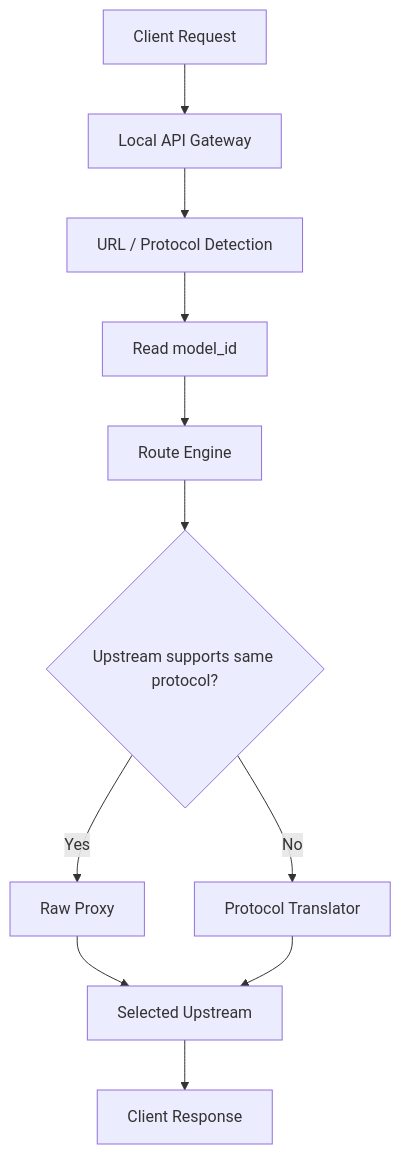
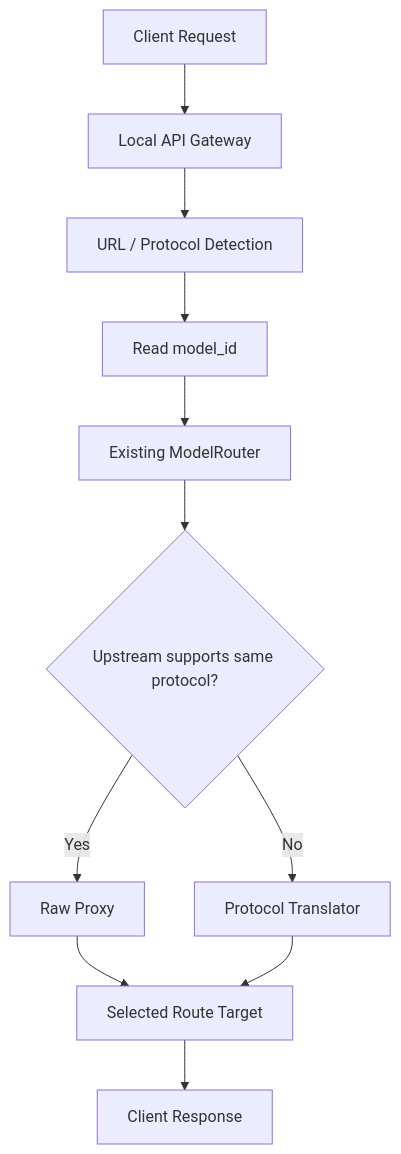
The diagram in docs/burncloud-node/protocol-routing.md (burncloud/burncloud.github.io), drawn with Mermaid before and after one commit. The commit also changed other lines of this file and 561 other files, not shown here.

````diff
--- a/docs/burncloud-node/protocol-routing.md
+++ b/docs/burncloud-node/protocol-routing.md
@@ -18,13 +18,13 @@
 ```mermaid
 flowchart TD
     REQ["Client Request"] --> GATEWAY["Local API Gateway"]
     GATEWAY --> DETECT["URL / Protocol Detection"]
     DETECT --> MODEL["Read model_id"]
-    MODEL --> ROUTER["Route Engine"]
+    MODEL --> ROUTER["Existing ModelRouter"]
     ROUTER --> MATCH{"Upstream supports same protocol?"}
     MATCH -->|Yes| RAW["Raw Proxy"]
     MATCH -->|No| TRANS["Protocol Translator"]
-    RAW --> UPSTREAM["Selected Upstream"]
+    RAW --> UPSTREAM["Selected Route Target"]
     TRANS --> UPSTREAM
     UPSTREAM --> RESP["Client Response"]
 ```
````
